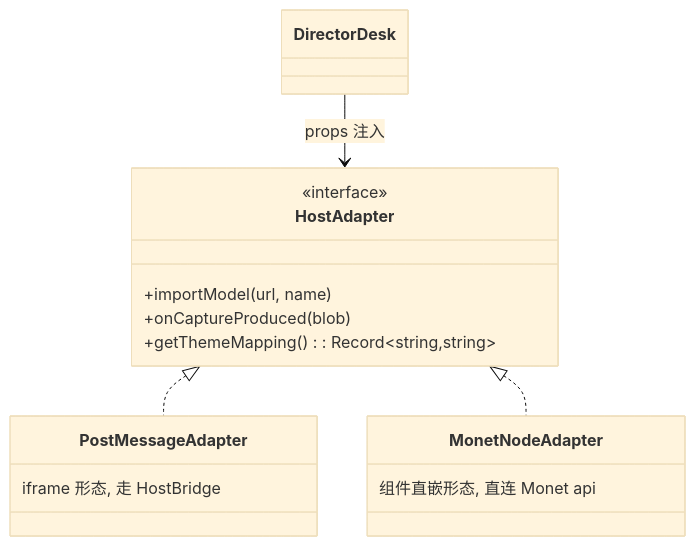
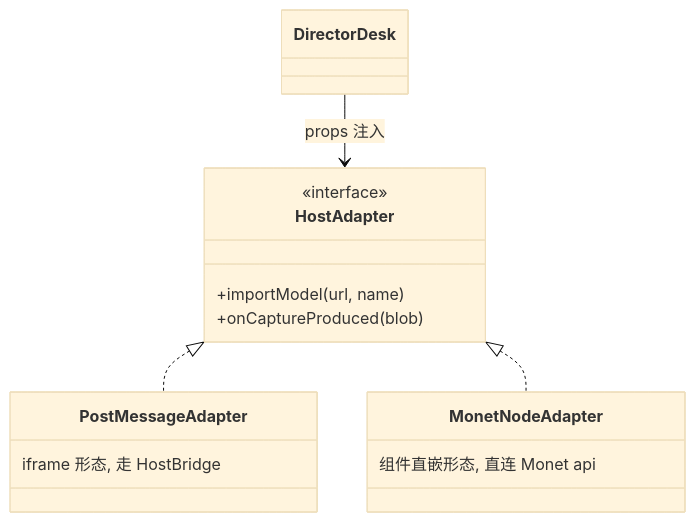
One commit to amwyygyuge/3d-director-desk changed the diagram in docs/exec/08-canvas-integration.md. Above: the diagram before and after it, drawn with Mermaid (base theme). The commit also changed other lines of this file and 20 other files, not shown here.

````diff
--- a/docs/exec/08-canvas-integration.md
+++ b/docs/exec/08-canvas-integration.md
@@ -14,18 +14,17 @@
 ```mermaid
 classDiagram
     class HostAdapter {
         <<interface>>
         +importModel(url, name)
         +onCaptureProduced(blob)
-        +getThemeMapping(): Record~string,string~
     }
     class PostMessageAdapter {
         iframe 形态, 走 HostBridge
     }
     class MonetNodeAdapter {
         组件直嵌形态, 直连 Monet api
     }
     HostAdapter <|.. PostMessageAdapter
     HostAdapter <|.. MonetNodeAdapter
     DirectorDesk --> HostAdapter : props 注入
 ```
````
